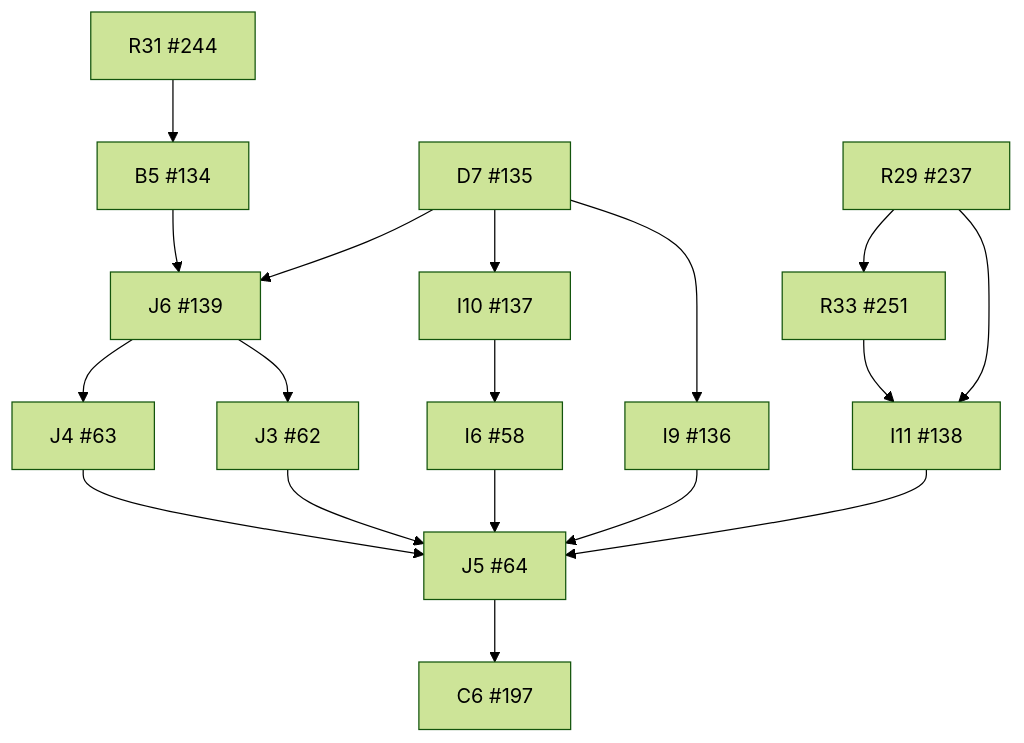
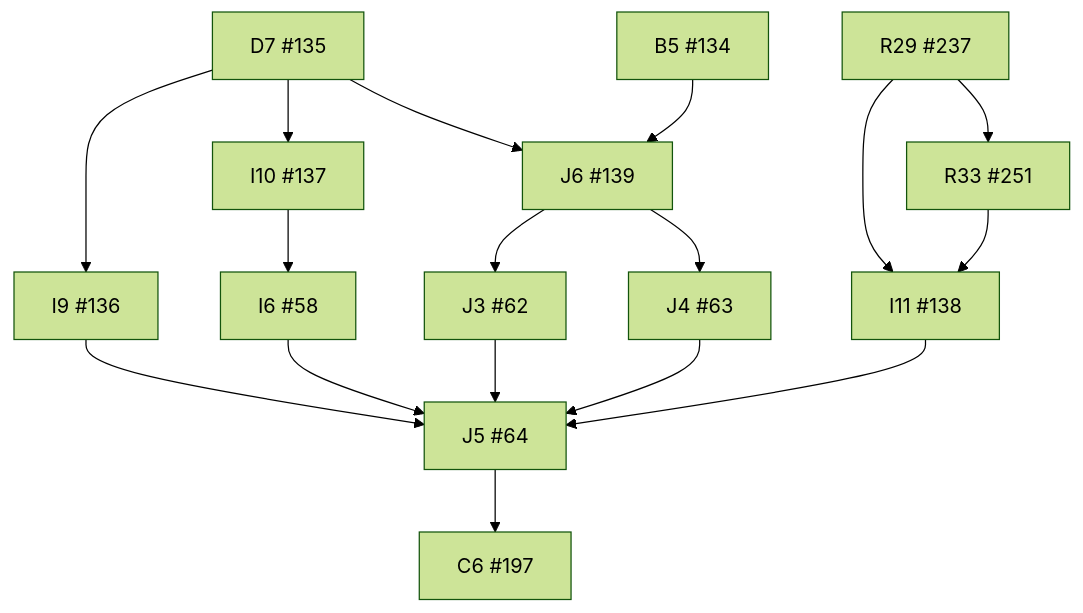
Before and after one commit to wojtekpiskorz/kiero: the diagram in docs/implementation/dependency-graph.md, drawn with Mermaid (forest theme). The commit also changed other lines of this file and 8 other files, not shown here.

````diff
--- a/docs/implementation/dependency-graph.md
+++ b/docs/implementation/dependency-graph.md
@@ -9,34 +9,32 @@
 ```mermaid
 flowchart TD
   I6["I6 #58"]
   J3["J3 #62"]
   J4["J4 #63"]
   J5["J5 #64"]
   B5["B5 #134"]
   D7["D7 #135"]
   I9["I9 #136"]
   I10["I10 #137"]
   I11["I11 #138"]
   J6["J6 #139"]
   C6["C6 #197"]
   R29["R29 #237"]
-  R31["R31 #244"]
   R33["R33 #251"]
   I10 --> I6
   J6 --> J3
   J6 --> J4
   I6 --> J5
   J3 --> J5
   J4 --> J5
   I9 --> J5
   I11 --> J5
-  R31 --> B5
   D7 --> I9
   D7 --> I10
   R29 --> I11
   R33 --> I11
   D7 --> J6
   B5 --> J6
   J5 --> C6
   R29 --> R33
 ```
````
